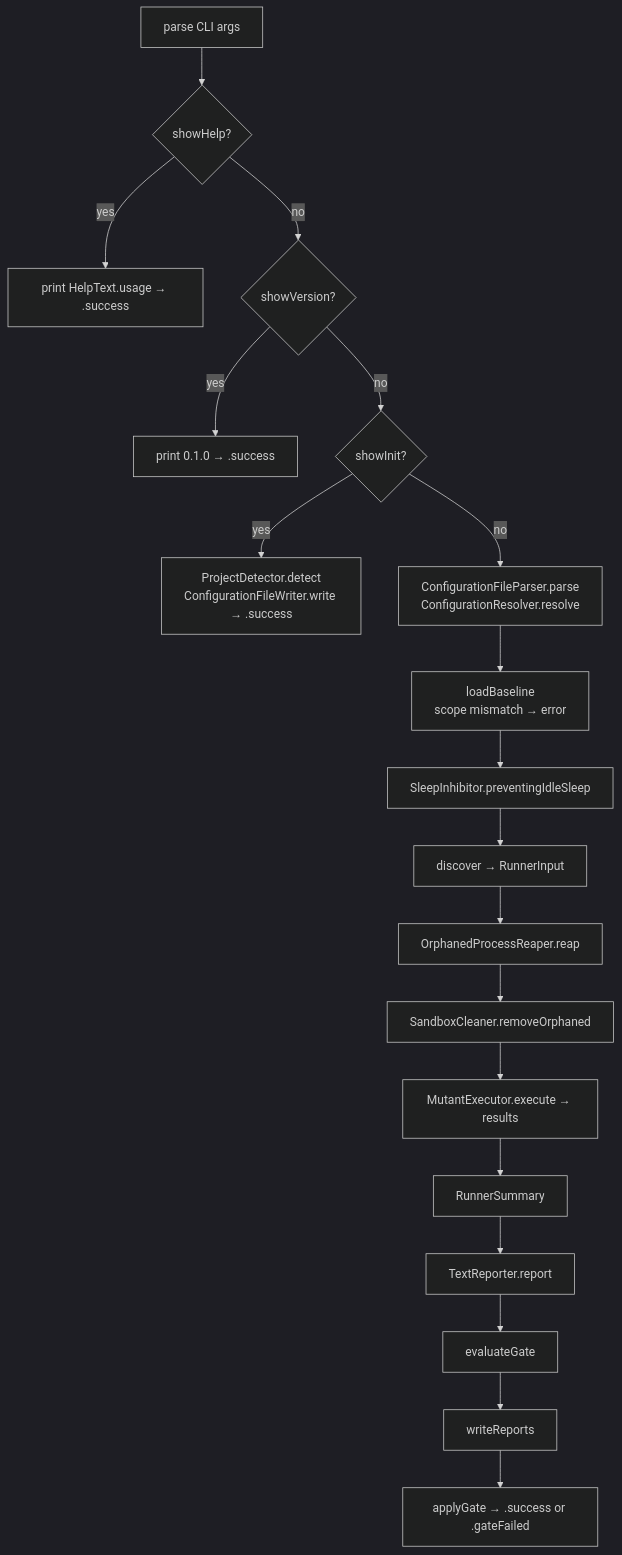
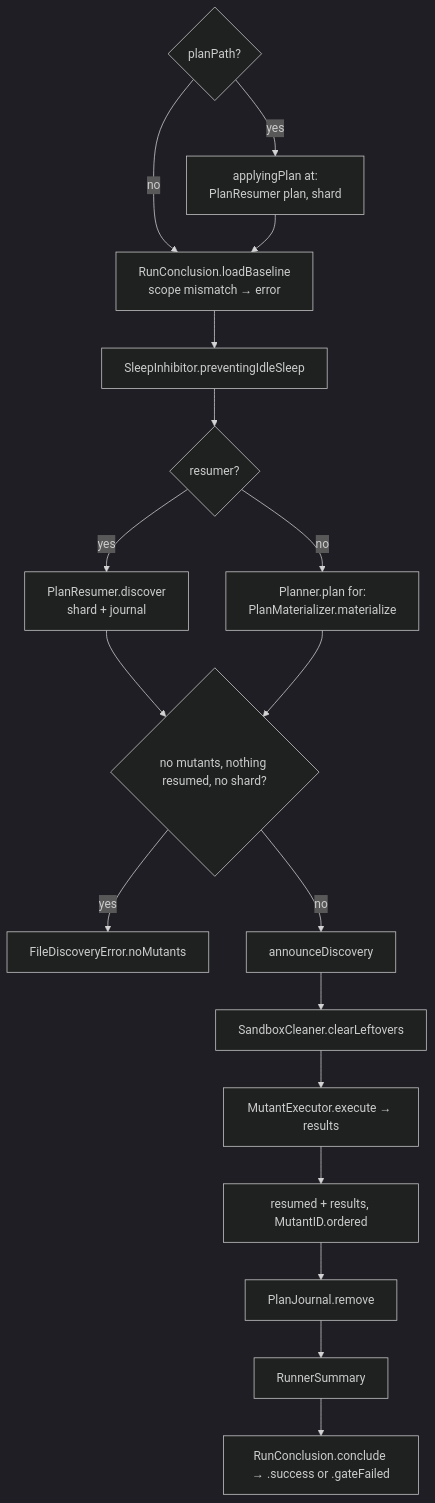
Before and after one commit to C24-Bank/swift-mutation-testing: the second of 2 diagrams in Docs/CodeBase/01-entry-point.md, drawn with Mermaid (dark theme). The commit also changed other lines of this file and 11 other files, not shown here.

````diff
--- a/Docs/CodeBase/01-entry-point.md
+++ b/Docs/CodeBase/01-entry-point.md
@@ -35,21 +64,19 @@
 ```mermaid
 flowchart TD
-    A[parse CLI args] --> B{showHelp?}
-    B -- yes --> HELP[print HelpText.usage → .success]
-    B -- no --> C{showVersion?}
-    C -- yes --> VER[print 0.1.0 → .success]
-    C -- no --> D{showInit?}
-    D -- yes --> INIT[ProjectDetector.detect\nConfigurationFileWriter.write → .success]
-    D -- no --> E[ConfigurationFileParser.parse\nConfigurationResolver.resolve]
-    E --> LB[loadBaseline\nscope mismatch → error]
+    P{planPath?} -- yes --> AP[applyingPlan at:\nPlanResumer plan, shard]
+    P -- no --> LB
+    AP --> LB[RunConclusion.loadBaseline\nscope mismatch → error]
     LB --> S[SleepInhibitor.preventingIdleSleep]
-    S --> F[discover → RunnerInput]
-    F --> RP[OrphanedProcessReaper.reap]
-    RP --> SW[SandboxCleaner.removeOrphaned]
-    SW --> G[MutantExecutor.execute → results]
-    G --> H[RunnerSummary]
-    H --> I[TextReporter.report]
-    I --> EG[evaluateGate]
-    EG --> J[writeReports]
-    J --> K[applyGate → .success or .gateFailed]
+    S --> D{resumer?}
+    D -- yes --> DR[PlanResumer.discover\nshard + journal]
+    D -- no --> DP[Planner.plan for:\nPlanMaterializer.materialize]
+    DR & DP --> Z{no mutants, nothing resumed, no shard?}
+    Z -- yes --> ERR[FileDiscoveryError.noMutants]
+    Z -- no --> AN[announceDiscovery]
+    AN --> CL[SandboxCleaner.clearLeftovers]
+    CL --> G[MutantExecutor.execute → results]
+    G --> O[resumed + results, MutantID.ordered]
+    O --> J[PlanJournal.remove]
+    J --> H[RunnerSummary]
+    H --> C[RunConclusion.conclude → .success or .gateFailed]
 ```
````
